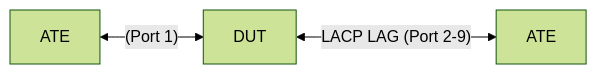
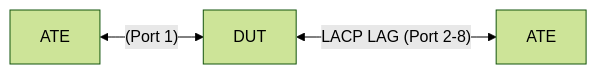
The diagram in feature/interface/aggregate/otg_tests/balancing_test/README.md (openconfig/featureprofiles), drawn with Mermaid (forest theme) before and after one commit. The commit also changed other lines of this file and 15 other files, not shown here.

````diff
--- a/feature/interface/aggregate/otg_tests/balancing_test/README.md
+++ b/feature/interface/aggregate/otg_tests/balancing_test/README.md
@@ -13,5 +13,5 @@
 ```mermaid
 graph LR;
 A[ATE] <-- (Port 1) --> B[DUT];
-B[DUT] <-- LACP LAG (Port 2-9) --> C[ATE];
+B[DUT] <-- LACP LAG (Port 2-8) --> C[ATE];
 ```
````
